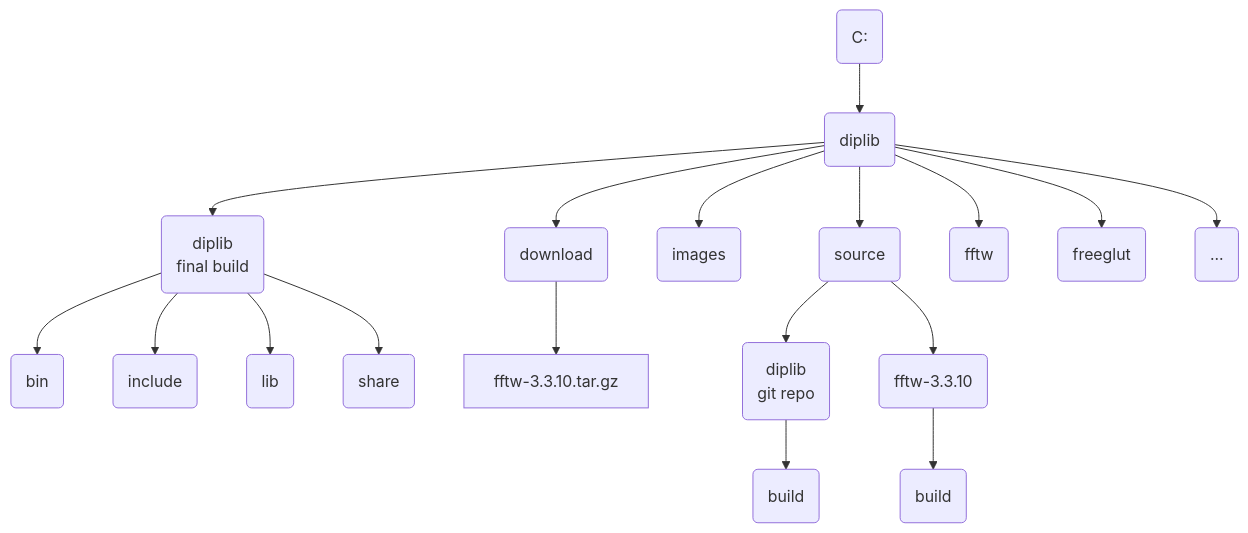
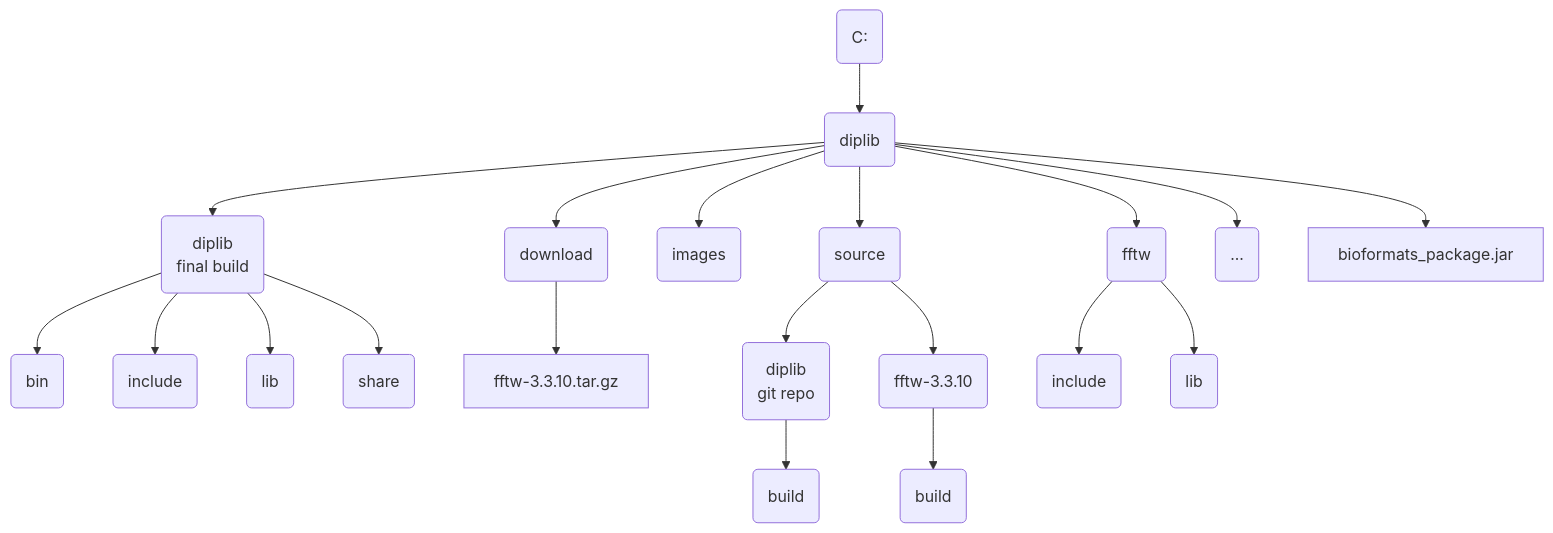
Before and after one commit to DIPlib/diplib: the diagram in doc/src/releases/windows_release.md, drawn with Mermaid. The commit also changed other lines of this file, not shown here.

````diff
--- a/doc/src/releases/windows_release.md
+++ b/doc/src/releases/windows_release.md
@@ -27,21 +27,23 @@
 ```mermaid
 graph
     root(C:) --> 1(diplib)
     1 --> 11(diplib<br>final build)
     1 --> 12(download)
     1 --> 13(images)
     1 --> 14(source)
     1 --> 15(fftw)
-    1 --> 16(freeglut)
-    1 --> 17(...)
+    1 --> 16(...)
+    1 --> 18[bioformats_package.jar]
     11 --> 111(bin)
     11 --> 112(include)
     11 --> 113(lib)
     11 --> 114(share)
     12 --> 121[fftw-3.3.10.tar.gz]
     14 --> 141(diplib<br>git repo)
     14 --> 142(fftw-3.3.10)
     141 --> 1411(build)
     142 --> 1421(build)
+    15 --> 151(include)
+    15 --> 152(lib)
 
 ```
````
